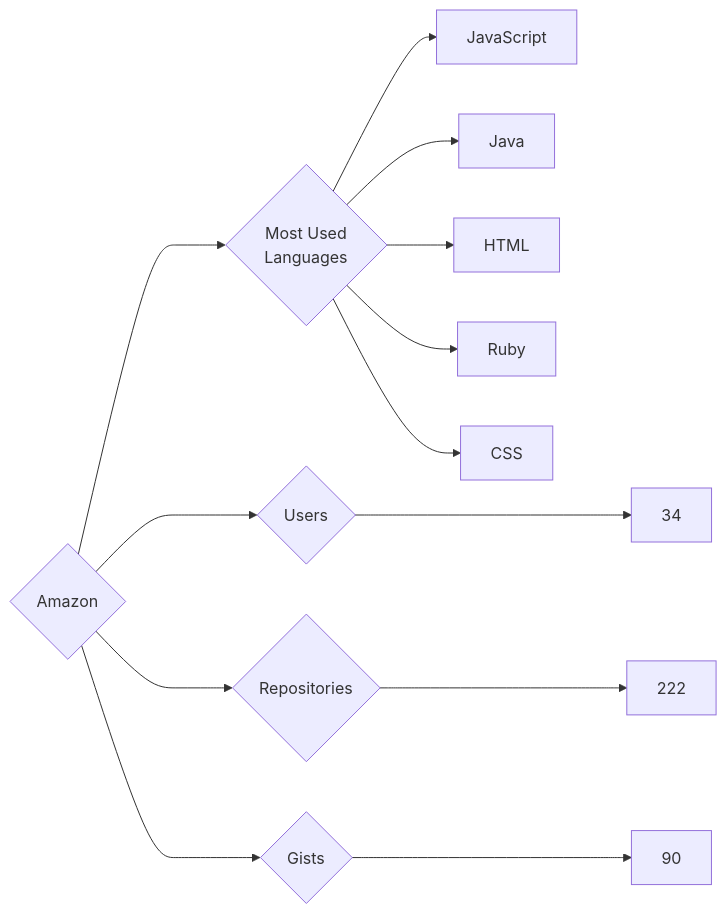
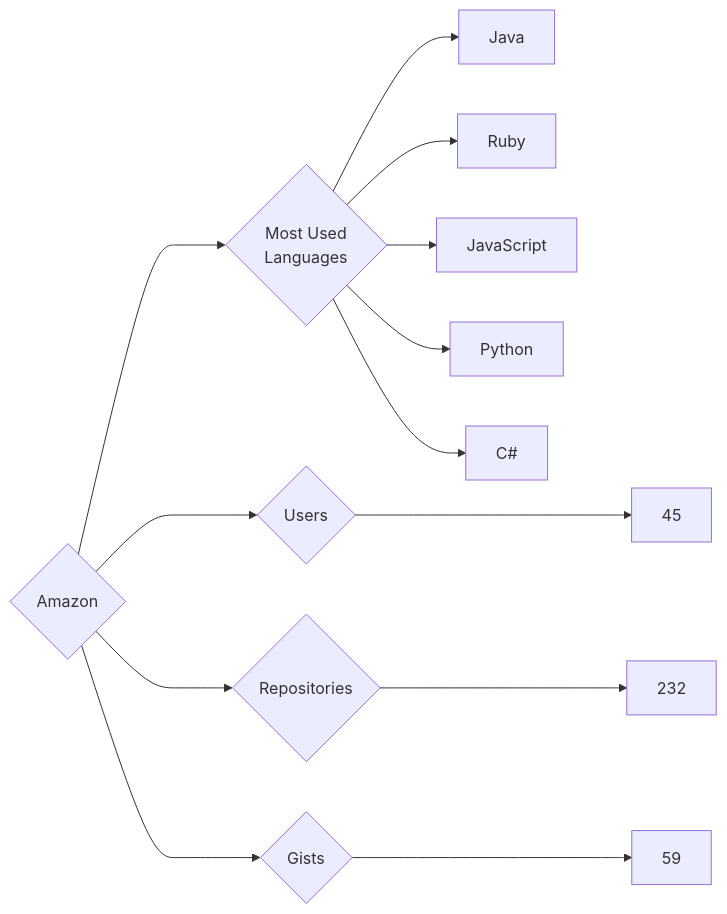
Before and after one commit to trickest/insiders: the diagram in targets/Amazon/README.md, drawn with Mermaid. The commit also changed 772 other files, not shown here.

````diff
--- a/targets/Amazon/README.md
+++ b/targets/Amazon/README.md
@@ -3,13 +3,13 @@
 ```mermaid
 graph LR
 COMPANY_NAME{Amazon}
-COMPANY_NAME ---> U{Users} ---> UN[34]
-COMPANY_NAME ---> R{Repositories} ---> RN[222]
-COMPANY_NAME ---> G{Gists} ---> GN[90]
+COMPANY_NAME ---> U{Users} ---> UN[45]
+COMPANY_NAME ---> R{Repositories} ---> RN[232]
+COMPANY_NAME ---> G{Gists} ---> GN[59]
 COMPANY_NAME ---> ML{Most Used<br>Languages}
+ML --> Java[Java]
+ML --> Ruby[Ruby]
 ML --> JavaScript[JavaScript]
-ML --> Java[Java]
-ML --> HTML[HTML]
-ML --> Ruby[Ruby]
-ML --> CSS[CSS]
+ML --> Python[Python]
+ML --> C#[C#]
 ```
````
